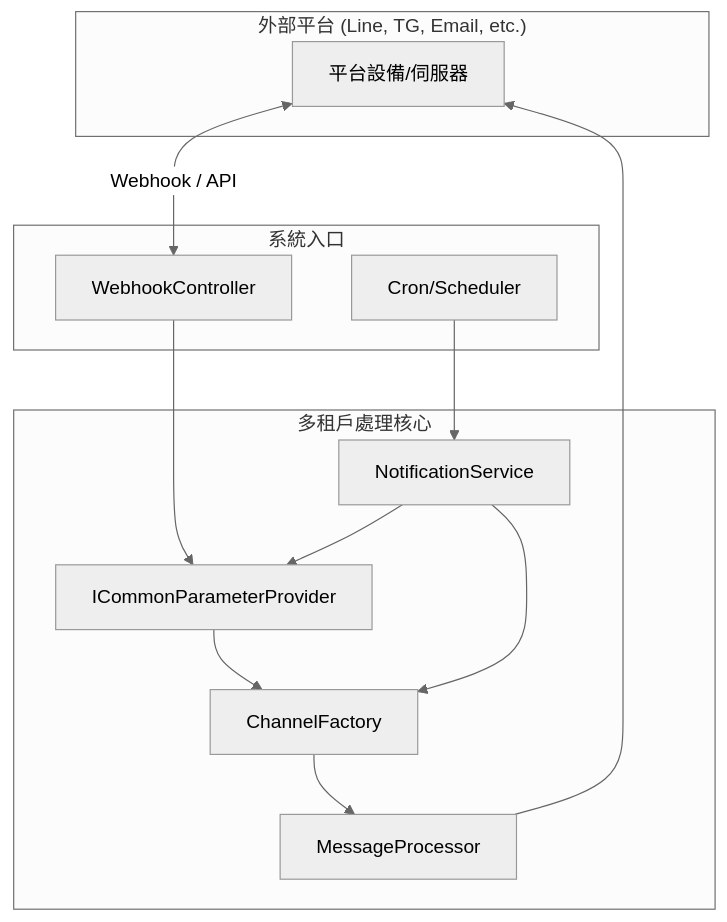
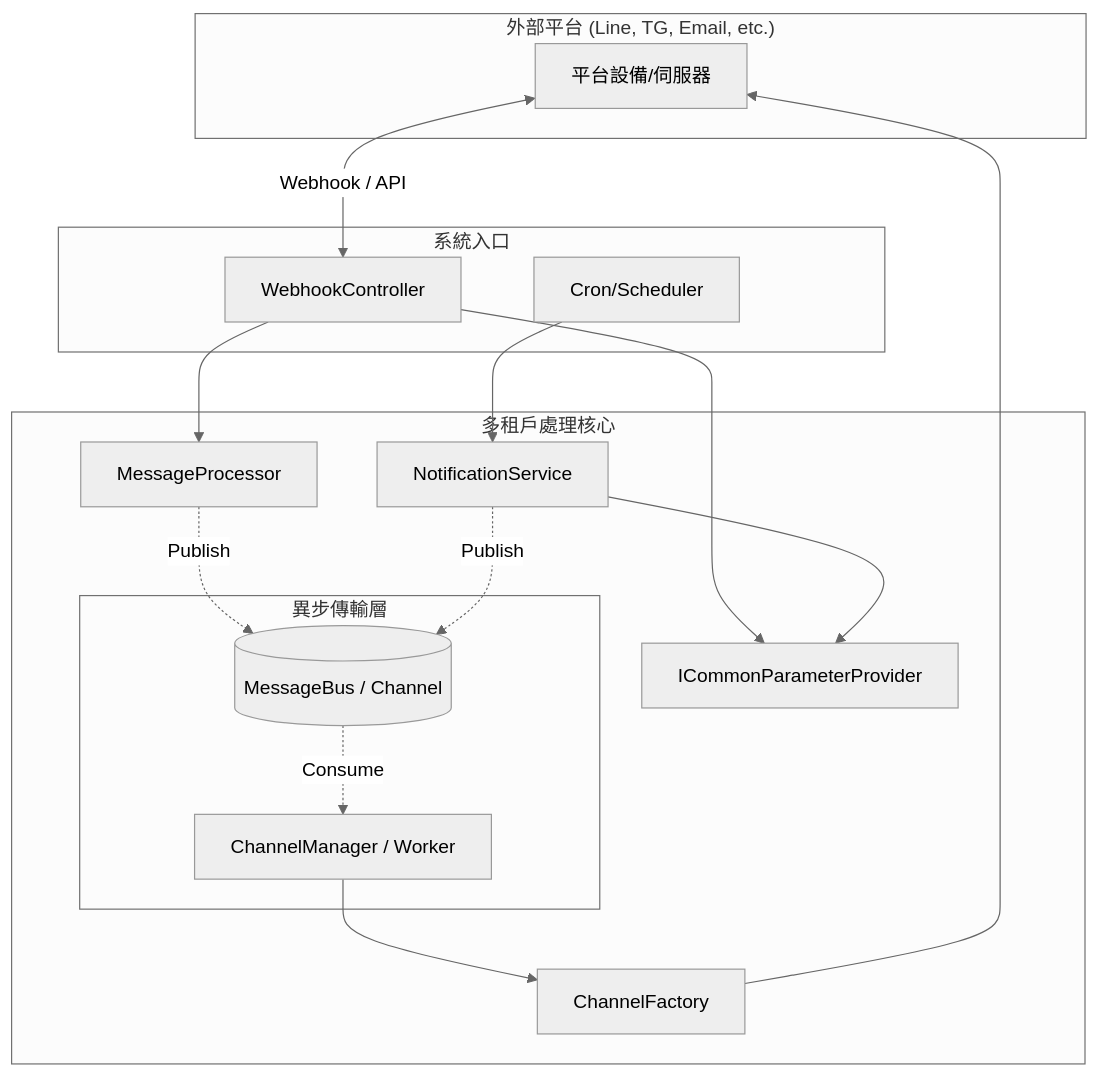
Before and after one commit to bruceagentadmin/MessageHub: the first of 5 diagrams in docs/source_req/CHANNEL_SYSTEM_CS_MULTITENANT.md, drawn with Mermaid (neutral theme). The commit also changed other lines of this file and 32 other files, not shown here.

Commit message:
feat: Implement initial message hub architecture with core models, channel infrastructure, API webhooks, application services, and unit tests.

````diff
--- a/docs/source_req/CHANNEL_SYSTEM_CS_MULTITENANT.md
+++ b/docs/source_req/CHANNEL_SYSTEM_CS_MULTITENANT.md
@@ -10,27 +12,38 @@
 ```mermaid
 graph TD
     subgraph platform ["外部平台 (Line, TG, Email, etc.)"]
         EP[平台設備/伺服器]
     end
 
     subgraph entry ["系統入口"]
         WC[WebhookController]
         CR[Cron/Scheduler]
     end
 
     subgraph logic ["多租戶處理核心"]
         PP[ICommonParameterProvider]
-        CF[ChannelFactory]
         MP[MessageProcessor]
         NS[NotificationService]
+        
+        subgraph bus_layer ["異步傳輸層"]
+            MB[(MessageBus / Channel)]
+            CM[ChannelManager / Worker]
+        end
+        
+        CF[ChannelFactory]
     end
 
     EP <-->|Webhook / API| WC
     CR --> NS
+    
     WC --> PP
     NS --> PP
-    PP --> CF
-    CF --> MP
-    MP --> EP
-    NS --> CF
+    
+    WC --> MP
+    MP -.->|Publish| MB
+    NS -.->|Publish| MB
+    
+    MB -.->|Consume| CM
+    CM --> CF
+    CF --> EP
 ```
````
